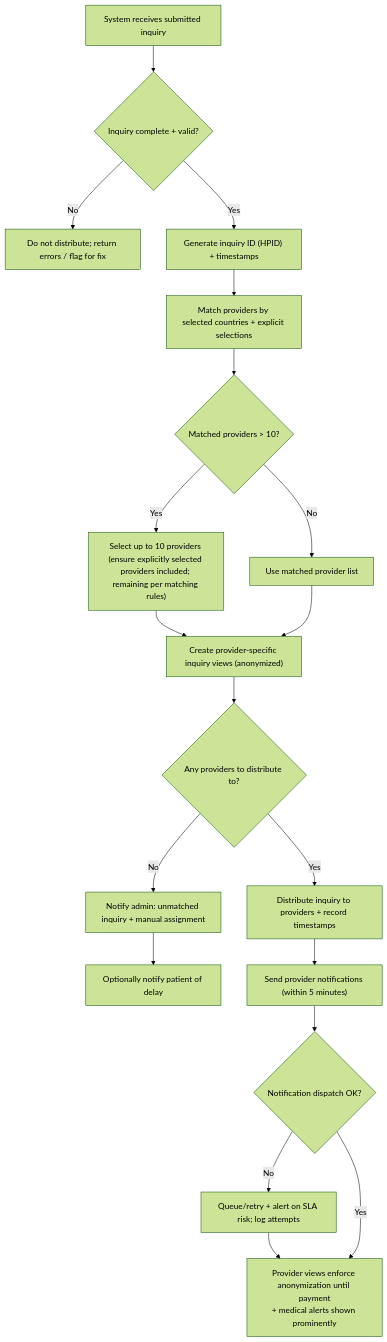
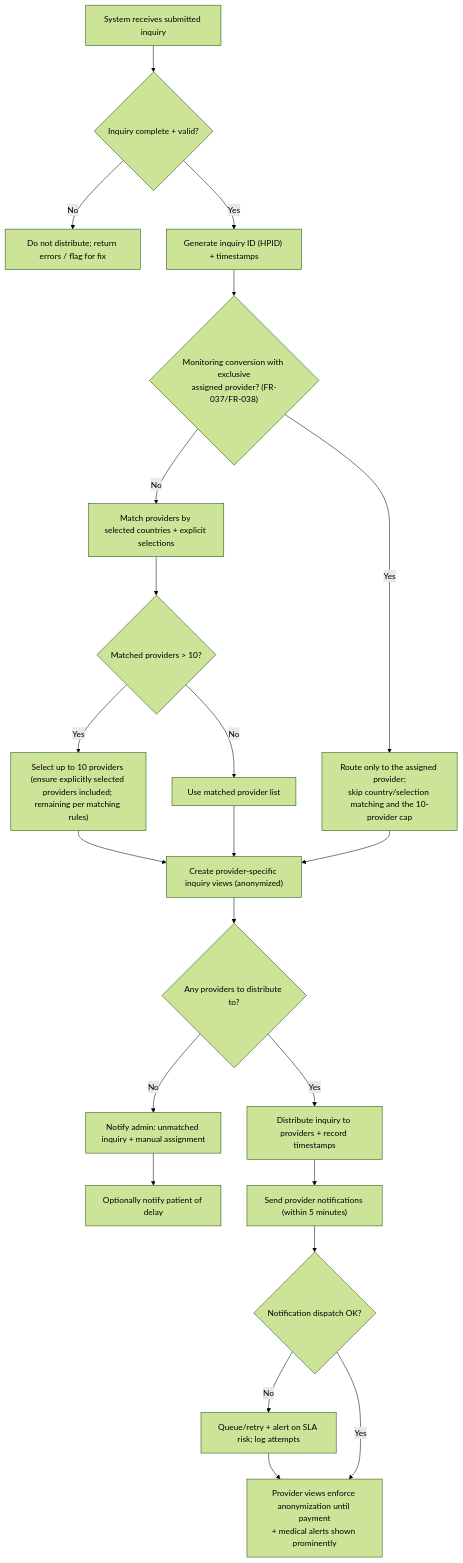
Before and after one commit to joachimtrungtuan/hairline-pm-docs: the sixth of 15 diagrams in project-requirements/functional-requirements/fr003-inquiry-submission/prd.md, drawn with Mermaid (forest theme). The commit also changed other lines of this file and 7 other files, not shown here.

First line of the commit message:
docs(fr037): sync monitoring-conversion handoff across FR-003, FR-004, FR-020, FR-025, FR-030

````diff
--- a/project-requirements/functional-requirements/fr003-inquiry-submission/prd.md
+++ b/project-requirements/functional-requirements/fr003-inquiry-submission/prd.md
@@ -187,25 +187,28 @@
 ```mermaid
 flowchart TD
     Start["System receives submitted inquiry"] --> Validate{"Inquiry complete + valid?"}
 
     Validate -->|No| Invalid["Do not distribute; return errors / flag for fix"]
     Validate -->|Yes| Identify["Generate inquiry ID (HPID) + timestamps"]
 
-    Identify --> Match["Match providers by selected countries + explicit selections"]
+    Identify --> Exclusive{"Monitoring conversion with exclusive<br/>assigned provider? (FR-037/FR-038)"}
+    Exclusive -->|Yes| ExclusiveRoute["Route only to the assigned provider;<br/>skip country/selection matching and the 10-provider cap"]
+    Exclusive -->|No| Match["Match providers by selected countries + explicit selections"]
     Match --> Cap{"Matched providers &gt; 10?"}
     Cap -->|Yes| Select10["Select up to 10 providers (ensure explicitly selected providers included; remaining per matching rules)"]
     Cap -->|No| Matched["Use matched provider list"]
 
     Select10 --> Views["Create provider-specific inquiry views (anonymized)"]
     Matched --> Views
+    ExclusiveRoute --> Views
 
     Views --> Found{"Any providers to distribute to?"}
     Found -->|No| Manual["Notify admin: unmatched inquiry + manual assignment"]
     Manual --> Delay["Optionally notify patient of delay"]
 
     Found -->|Yes| Distribute["Distribute inquiry to providers + record timestamps"]
     Distribute --> Notify["Send provider notifications (within 5 minutes)"]
     Notify --> NotifyOk{"Notification dispatch OK?"}
     NotifyOk -->|No| Retry["Queue/retry + alert on SLA risk; log attempts"] --> Access
     NotifyOk -->|Yes| Access["Provider views enforce anonymization until payment<br/>+ medical alerts shown prominently"]
 ```
````
